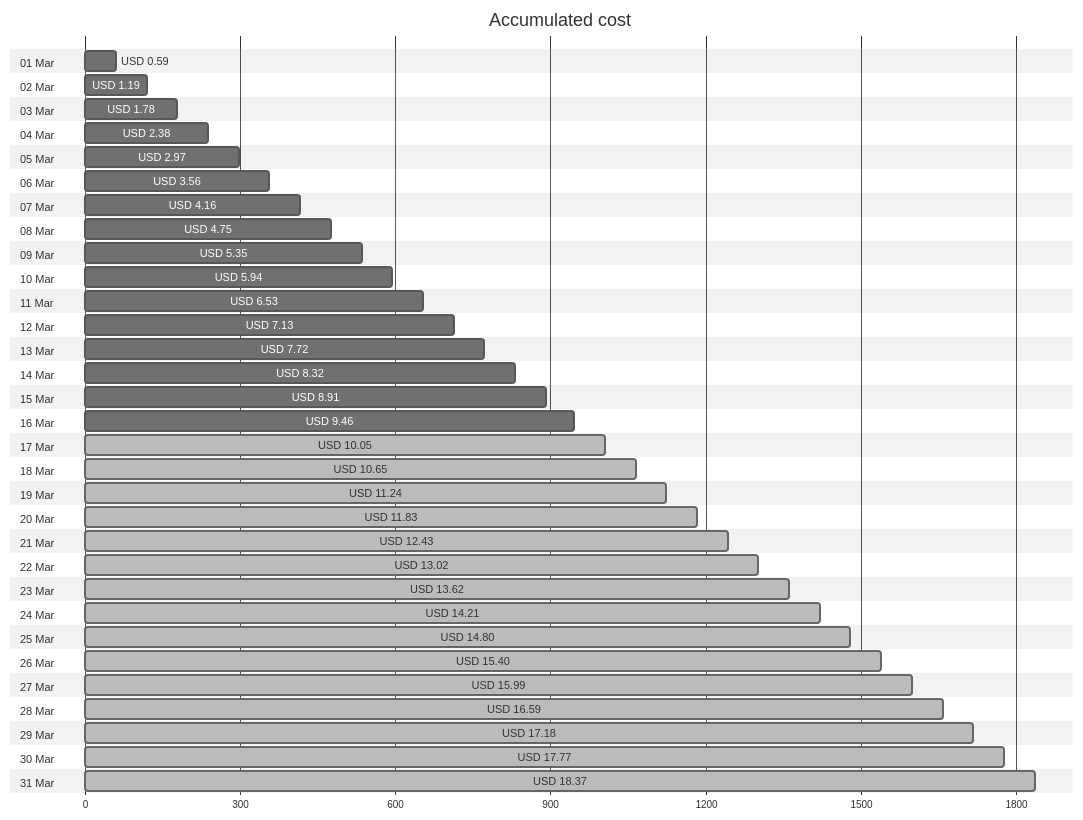
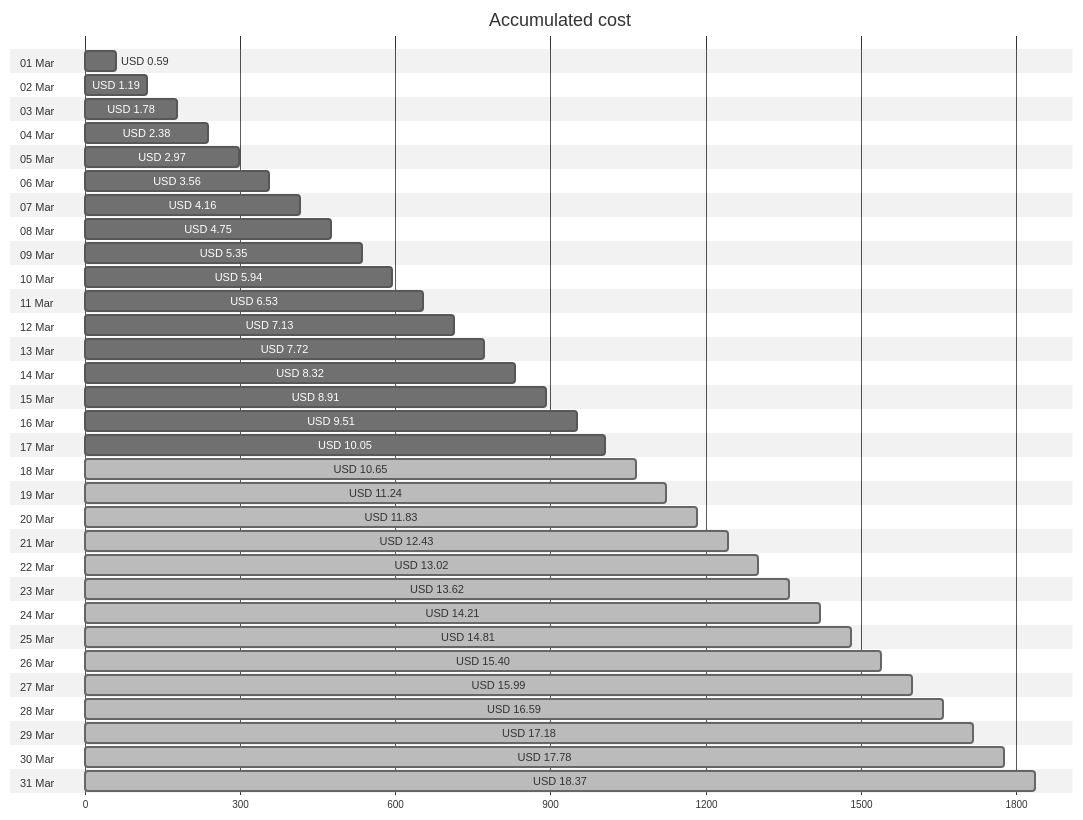
One commit to jpfulton/azure-personal-reports changed the first of 4 diagrams in cost-reports/personal-site/README.md. Above: the diagram before and after it, drawn with Mermaid (neutral theme). The commit also changed other lines of this file and 6 other files, not shown here.

````diff
--- a/cost-reports/personal-site/README.md
+++ b/cost-reports/personal-site/README.md
@@ -20,68 +20,68 @@
 ```mermaid
 gantt
    title Accumulated cost
    dateFormat  X
    axisFormat %s
    section 01 Mar
    USD 0.59 :0, 59
    section 02 Mar
    USD 1.19 :0, 119
    section 03 Mar
    USD 1.78 :0, 178
    section 04 Mar
    USD 2.38 :0, 238
    section 05 Mar
    USD 2.97 :0, 297
    section 06 Mar
    USD 3.56 :0, 356
    section 07 Mar
    USD 4.16 :0, 416
    section 08 Mar
    USD 4.75 :0, 475
    section 09 Mar
    USD 5.35 :0, 535
    section 10 Mar
    USD 5.94 :0, 594
    section 11 Mar
    USD 6.53 :0, 653
    section 12 Mar
    USD 7.13 :0, 713
    section 13 Mar
    USD 7.72 :0, 772
    section 14 Mar
    USD 8.32 :0, 832
    section 15 Mar
    USD 8.91 :0, 891
    section 16 Mar
-   USD 9.46 :0, 946
+   USD 9.51 :0, 951
    section 17 Mar
-   USD 10.05 : done, 0, 1005
+   USD 10.05 :0, 1005
    section 18 Mar
    USD 10.65 : done, 0, 1065
    section 19 Mar
    USD 11.24 : done, 0, 1124
    section 20 Mar
    USD 11.83 : done, 0, 1183
    section 21 Mar
    USD 12.43 : done, 0, 1243
    section 22 Mar
    USD 13.02 : done, 0, 1302
    section 23 Mar
    USD 13.62 : done, 0, 1362
    section 24 Mar
    USD 14.21 : done, 0, 1421
    section 25 Mar
-   USD 14.80 : done, 0, 1480
+   USD 14.81 : done, 0, 1481
    section 26 Mar
    USD 15.40 : done, 0, 1540
    section 27 Mar
    USD 15.99 : done, 0, 1599
    section 28 Mar
    USD 16.59 : done, 0, 1659
    section 29 Mar
    USD 17.18 : done, 0, 1718
    section 30 Mar
-   USD 17.77 : done, 0, 1777
+   USD 17.78 : done, 0, 1778
    section 31 Mar
    USD 18.37 : done, 0, 1837
 ```
````
